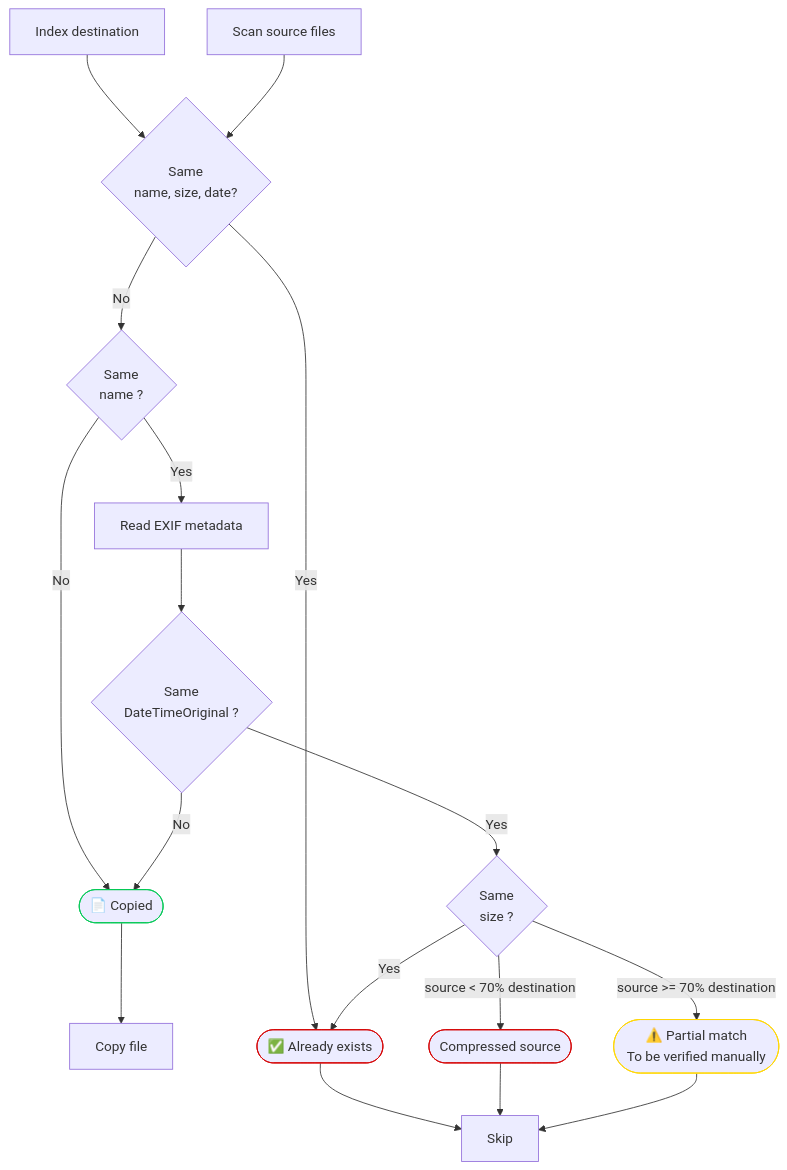
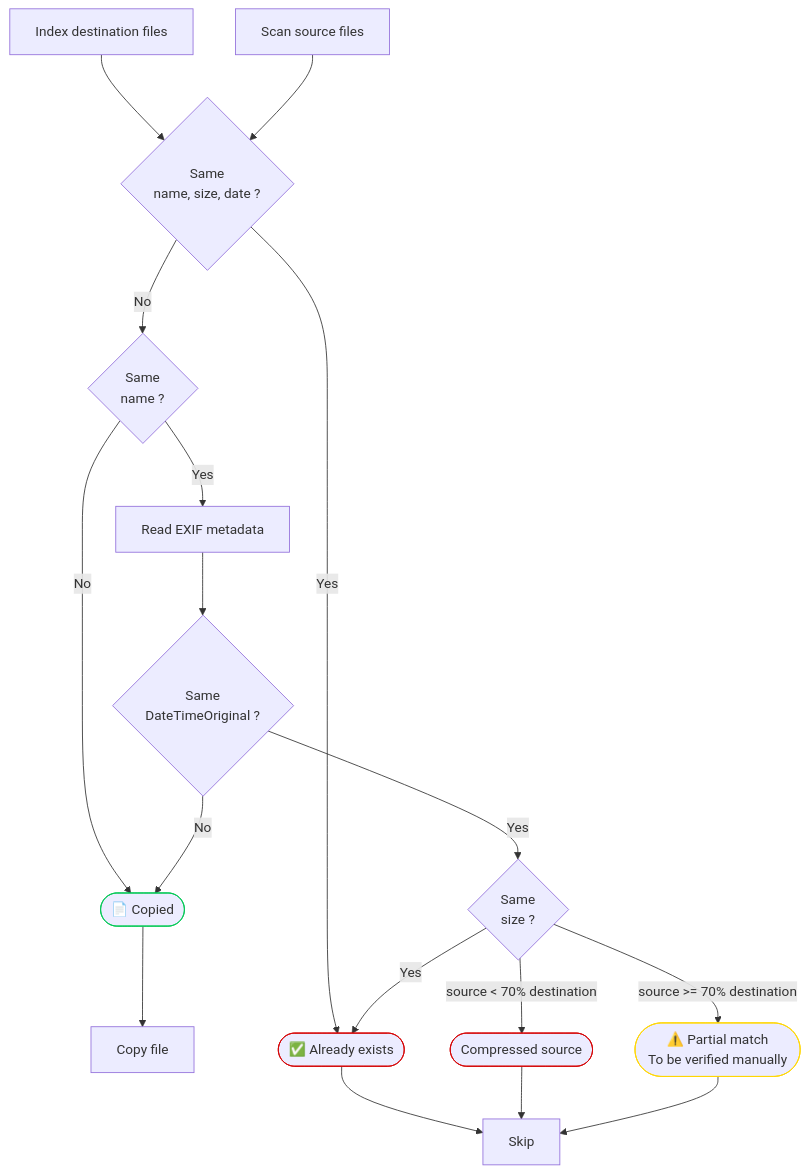
The diagram in readme.md (FunkyKwak/unique-photo-transfer), drawn with Mermaid before and after one commit. The commit also changed other lines of this file, not shown here.

````diff
--- a/readme.md
+++ b/readme.md
@@ -50,44 +52,46 @@
 ```mermaid
 flowchart TD
 
-    A[Index destination]
+    A[Index destination files]
     B[Scan source files]
-    C{Same<br>name, size, date?}
+    C{Same<br>name, size, date ?}
     D[Copy file]
     E([✅ Already exists])
     F[Read EXIF metadata]
     G{Same<br>DateTimeOriginal ?}
     H([📄 Copied])
     I([⚠️ Partial match<br>To be verified manually])
     J[Skip]
     L{Same<br>size ?}
     M([Compressed source])
 
    	A --> C
    	B --> C
 
     C -->|Yes| E
     C -->|No| K{Same<br>name ?}
     
     K -->|No| H
     K -->|Yes| F
 
     F --> G
 
     G -->|Yes| L
     G -->|No| H
 
    	L -->|Yes| E
    	L -->|source < 70% destination| M
    	L -->|source >= 70% destination| I
    	
    	H --> D
+
     E --> J
     M --> J
     I --> J
    	
    	style H stroke:#00C853
    	style E stroke:#D50000
    	style M stroke:#D50000
    	style I stroke:#FFD600
+
 ```
````
